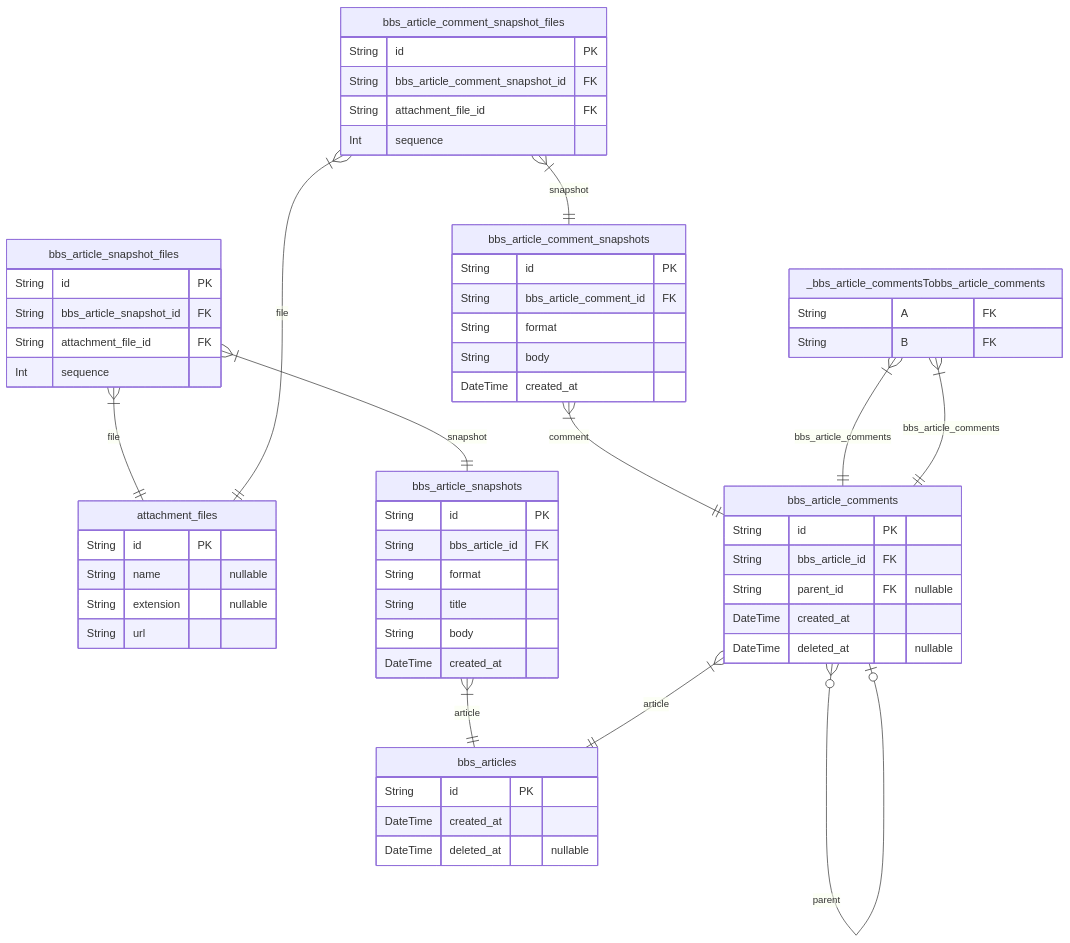
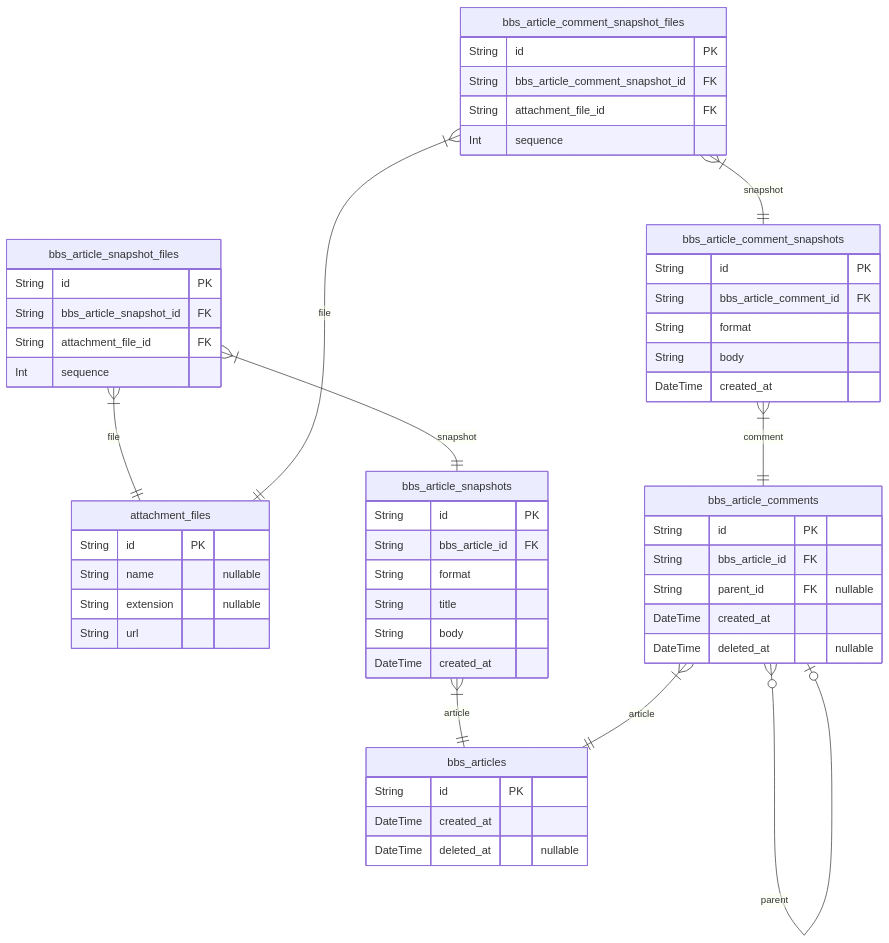
The first of 10 diagrams in ERD.md (samchon/prisma-markdown), drawn with Mermaid before and after one commit. The commit also changed other lines of this file and 5 other files, not shown here.

````diff
--- a/ERD.md
+++ b/ERD.md
@@ -16,62 +16,56 @@
 ```mermaid
 erDiagram
 "attachment_files" {
     String id PK
     String name "nullable"
     String extension "nullable"
     String url
 }
 "bbs_articles" {
     String id PK
     DateTime created_at
     DateTime deleted_at "nullable"
 }
 "bbs_article_snapshots" {
     String id PK
     String bbs_article_id FK
     String format
     String title
     String body
     DateTime created_at
 }
 "bbs_article_snapshot_files" {
     String id PK
     String bbs_article_snapshot_id FK
     String attachment_file_id FK
     Int sequence
 }
 "bbs_article_comments" {
     String id PK
     String bbs_article_id FK
     String parent_id FK "nullable"
     DateTime created_at
     DateTime deleted_at "nullable"
 }
 "bbs_article_comment_snapshots" {
     String id PK
     String bbs_article_comment_id FK
     String format
     String body
     DateTime created_at
 }
 "bbs_article_comment_snapshot_files" {
     String id PK
     String bbs_article_comment_snapshot_id FK
     String attachment_file_id FK
     Int sequence
 }
-"_bbs_article_commentsTobbs_article_comments" {
-    String A FK
-    String B FK
-}
 "bbs_article_snapshots" }|--|| "bbs_articles" : article
 "bbs_article_snapshot_files" }|--|| "bbs_article_snapshots" : snapshot
 "bbs_article_snapshot_files" }|--|| "attachment_files" : file
 "bbs_article_comments" }|--|| "bbs_articles" : article
 "bbs_article_comments" }o--o| "bbs_article_comments" : parent
 "bbs_article_comment_snapshots" }|--|| "bbs_article_comments" : comment
 "bbs_article_comment_snapshot_files" }|--|| "bbs_article_comment_snapshots" : snapshot
 "bbs_article_comment_snapshot_files" }|--|| "attachment_files" : file
-"_bbs_article_commentsTobbs_article_comments" }|--|| "bbs_article_comments" : bbs_article_comments
-"_bbs_article_commentsTobbs_article_comments" }|--|| "bbs_article_comments" : bbs_article_comments
 ```
````
